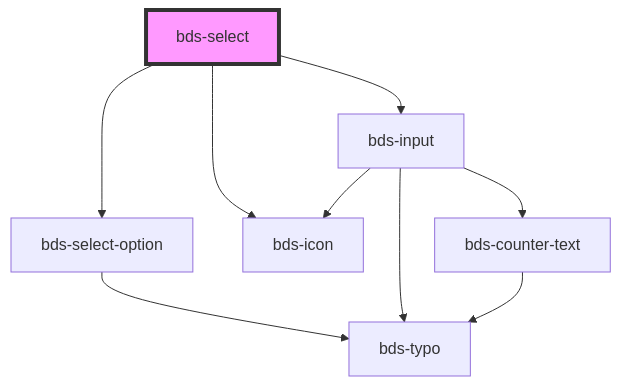
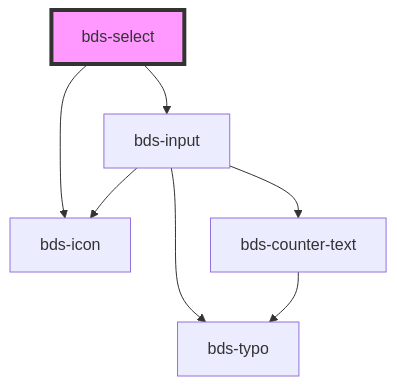
The diagram in src/components/select/readme.md (takenet/blip-ds), drawn with Mermaid before and after one commit. The commit also changed other lines of this file and 7 other files, not shown here.

First line of the commit message:
feat(component): separate select with select option

````diff
--- a/src/components/select/readme.md
+++ b/src/components/select/readme.md
@@ -38,12 +37,10 @@
 ```mermaid
 graph TD;
-  bds-select --> bds-select-option
   bds-select --> bds-input
   bds-select --> bds-icon
-  bds-select-option --> bds-typo
   bds-input --> bds-icon
   bds-input --> bds-typo
   bds-input --> bds-counter-text
   bds-counter-text --> bds-typo
   style bds-select fill:#f9f,stroke:#333,stroke-width:4px
 ```
````
